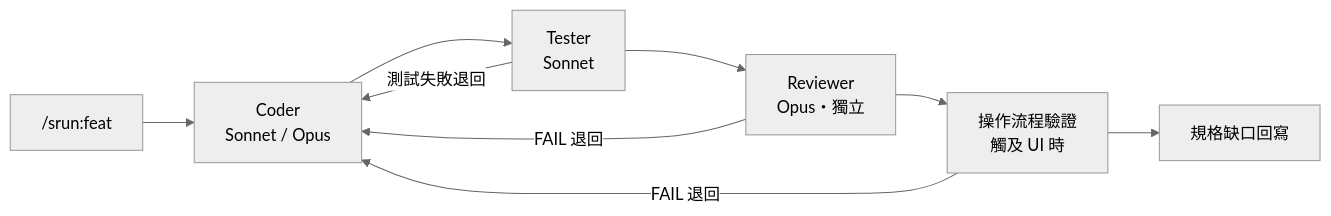
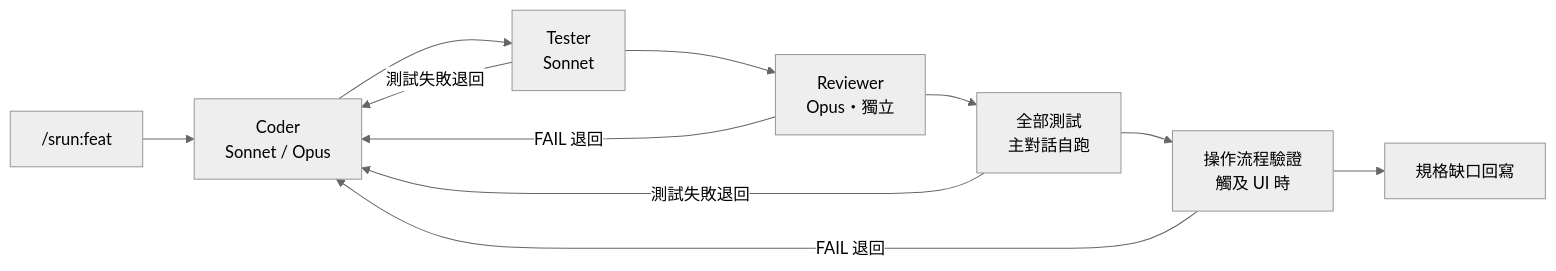
Before and after one commit to jay123578951/specrun: the second of 2 diagrams in README.zh-TW.md, drawn with Mermaid (neutral theme). The commit also changed other lines of this file and 7 other files, not shown here.

````diff
--- a/README.zh-TW.md
+++ b/README.zh-TW.md
@@ -33,11 +33,13 @@
 ```mermaid
 flowchart LR
     A["/srun:feat"] --> Coder
     Coder["Coder<br/>Sonnet / Opus"] --> Tester["Tester<br/>Sonnet"]
     Tester -- "測試失敗退回" --> Coder
     Tester --> Reviewer["Reviewer<br/>Opus・獨立"]
     Reviewer -- "FAIL 退回" --> Coder
-    Reviewer --> Verify["操作流程驗證<br/>觸及 UI 時"]
+    Reviewer --> Full["全部測試<br/>主對話自跑"]
+    Full -- "測試失敗退回" --> Coder
+    Full --> Verify["操作流程驗證<br/>觸及 UI 時"]
     Verify -- "FAIL 退回" --> Coder
     Verify --> Gap["規格缺口回寫"]
 ```
````
